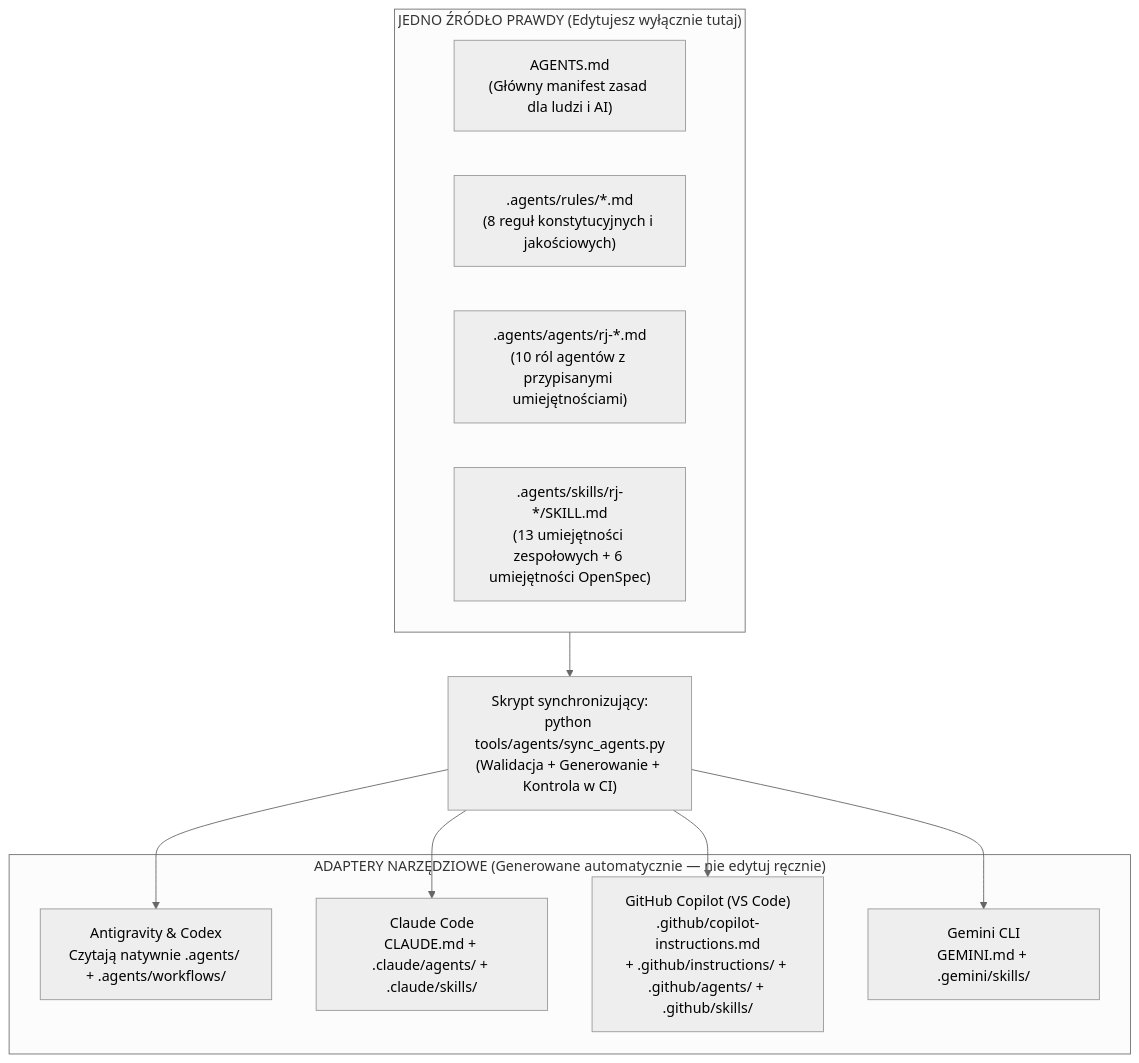
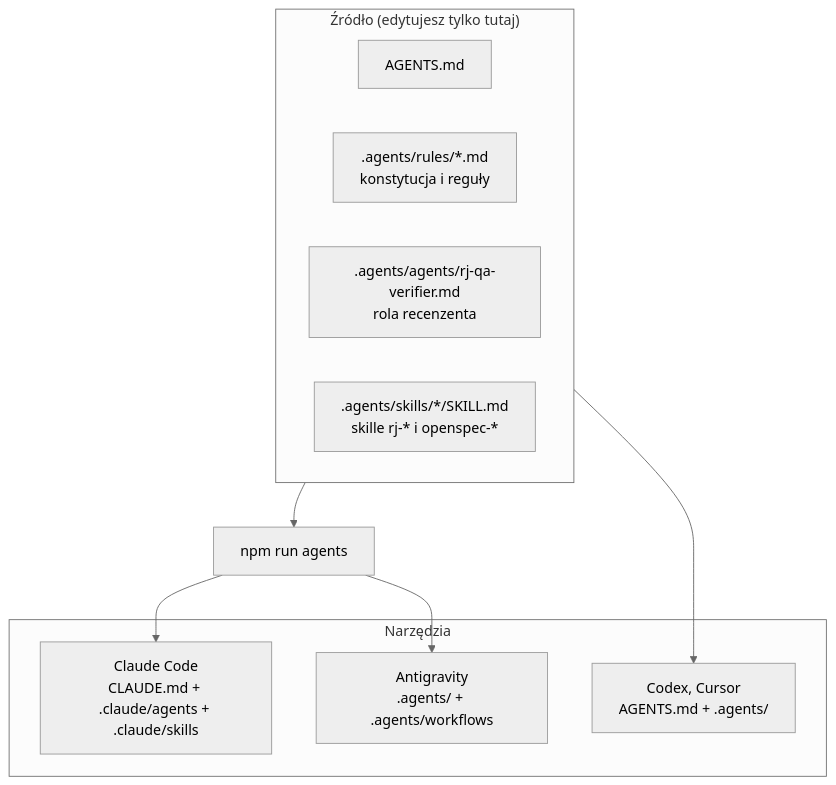
The diagram in .artifacts/confluence-export/04-system-agentow-ai/01-architektura-i-konfiguracja-agentow.md (lMamacl/Rejoltance), drawn with Mermaid (neutral theme) before and after one commit. The commit also changed other lines of this file and 207 other files, not shown here.

First line of the commit message:
REJ-0: unify repo tooling under npm scripts (no Python)

````diff
--- a/.artifacts/confluence-export/04-system-agentow-ai/01-architektura-i-konfiguracja-agentow.md
+++ b/.artifacts/confluence-export/04-system-agentow-ai/01-architektura-i-konfiguracja-agentow.md
@@ -12,24 +12,18 @@
 ```mermaid
 flowchart TB
-  subgraph Canonical["JEDNO ŹRÓDŁO PRAWDY (Edytujesz wyłącznie tutaj)"]
-    AM["AGENTS.md<br/>(Główny manifest zasad dla ludzi i AI)"]
-    R[".agents/rules/*.md<br/>(8 reguł konstytucyjnych i jakościowych)"]
-    A[".agents/agents/rj-*.md<br/>(10 ról agentów z przypisanymi umiejętnościami)"]
-    S[".agents/skills/rj-*/SKILL.md<br/>(13 umiejętności zespołowych + 6 umiejętności OpenSpec)"]
+  subgraph Zrodlo["Źródło (edytujesz tylko tutaj)"]
+    AM["AGENTS.md"]
+    R[".agents/rules/*.md<br/>konstytucja i reguły"]
+    A[".agents/agents/rj-qa-verifier.md<br/>rola recenzenta"]
+    S[".agents/skills/*/SKILL.md<br/>skille rj-* i openspec-*"]
   end
-
-  Sync["Skrypt synchronizujący:<br/>python tools/agents/sync_agents.py<br/>(Walidacja + Generowanie + Kontrola w CI)"]
-
-  subgraph Adapters["ADAPTERY NARZĘDZIOWE (Generowane automatycznie — nie edytuj ręcznie)"]
-    AG["Antigravity & Codex<br/>Czytają natywnie .agents/ + .agents/workflows/"]
-    CL["Claude Code<br/>CLAUDE.md + .claude/agents/ + .claude/skills/"]
-    CP["GitHub Copilot (VS Code)<br/>.github/copilot-instructions.md<br/>+ .github/instructions/ + .github/agents/ + .github/skills/"]
-    GM["Gemini CLI<br/>GEMINI.md + .gemini/skills/"]
+  Sync["npm run agents"]
+  subgraph Narzedzia["Narzędzia"]
+    CL["Claude Code<br/>CLAUDE.md + .claude/agents + .claude/skills"]
+    AG["Antigravity<br/>.agents/ + .agents/workflows"]
+    CX["Codex, Cursor<br/>AGENTS.md + .agents/"]
   end
-
-  Canonical --> Sync
+  Zrodlo --> Sync --> CL
   Sync --> AG
-  Sync --> CL
-  Sync --> CP
-  Sync --> GM
+  Zrodlo --> CX
 ```
````
